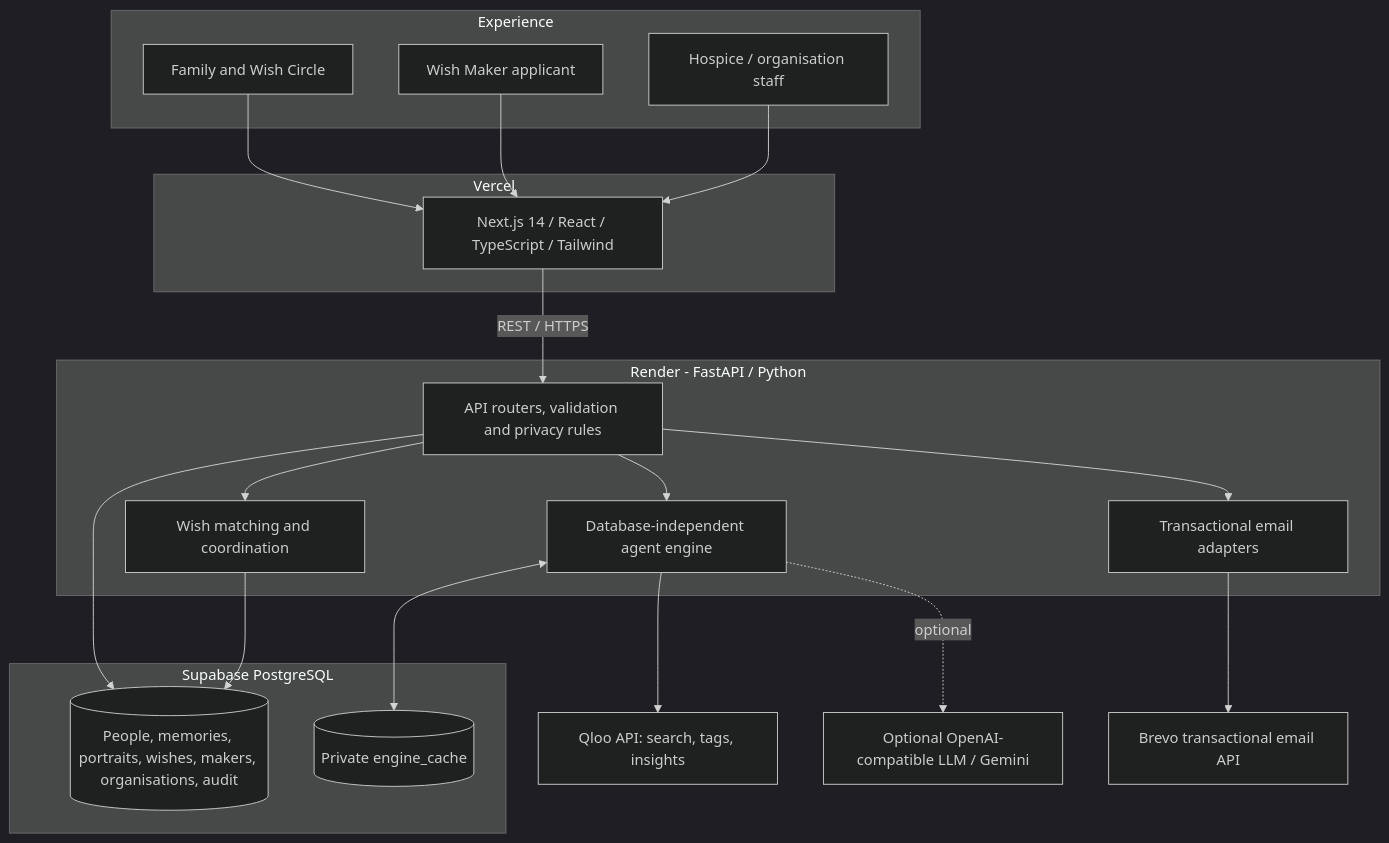
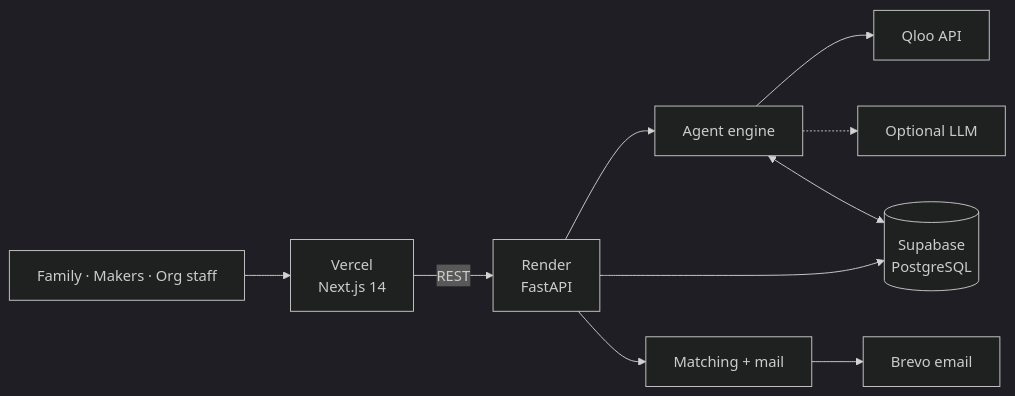
Before and after one commit to alizahh-7/Genie: the second of 2 diagrams in README.md, drawn with Mermaid (dark theme). The commit also changed other lines of this file, not shown here.

````diff
--- a/README.md
+++ b/README.md
@@ -79,37 +122,12 @@
 ```mermaid
-flowchart TB
-    subgraph Users[Experience]
-      Family[Family and Wish Circle]
-      Maker[Wish Maker applicant]
-      Org[Hospice / organisation staff]
-    end
-    subgraph Vercel[Vercel]
-      UI[Next.js 14 / React / TypeScript / Tailwind]
-    end
-    subgraph Render[Render - FastAPI / Python]
-      API[API routers, validation and privacy rules]
-      Agent[Database-independent agent engine]
-      Matching[Wish matching and coordination]
-      Mail[Transactional email adapters]
-    end
-    subgraph Storage[Supabase PostgreSQL]
-      DB[(People, memories, portraits, wishes, makers, organisations, audit)]
-      Cache[(Private engine_cache)]
-    end
-    Qloo[Qloo API: search, tags, insights]
-    LLM[Optional OpenAI-compatible LLM / Gemini]
-    Brevo[Brevo transactional email API]
-    Family --> UI
-    Maker --> UI
-    Org --> UI
-    UI -->|REST / HTTPS| API
-    API --> DB
-    API --> Agent
-    API --> Matching
-    API --> Mail
-    Agent --> Qloo
-    Agent -. optional .-> LLM
-    Agent <--> Cache
-    Matching --> DB
-    Mail --> Brevo
+flowchart LR
+    U[Family · Makers · Org staff] --> V[Vercel<br/>Next.js 14]
+    V -->|REST| R[Render<br/>FastAPI]
+    R --> E[Agent engine]
+    R --> M[Matching + mail]
+    R --> S[(Supabase<br/>PostgreSQL)]
+    E --> Q[Qloo API]
+    E -.-> L[Optional LLM]
+    E <--> S
+    M --> B[Brevo email]
 ```
````
